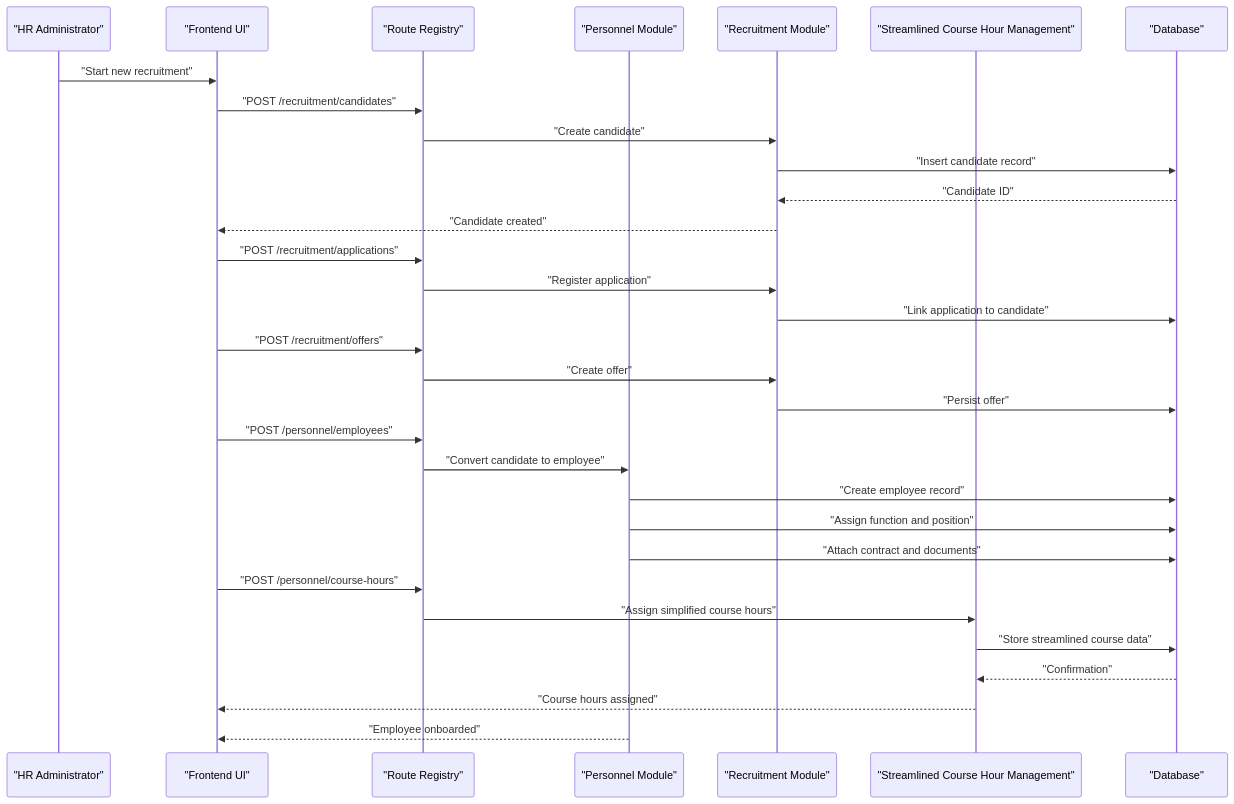
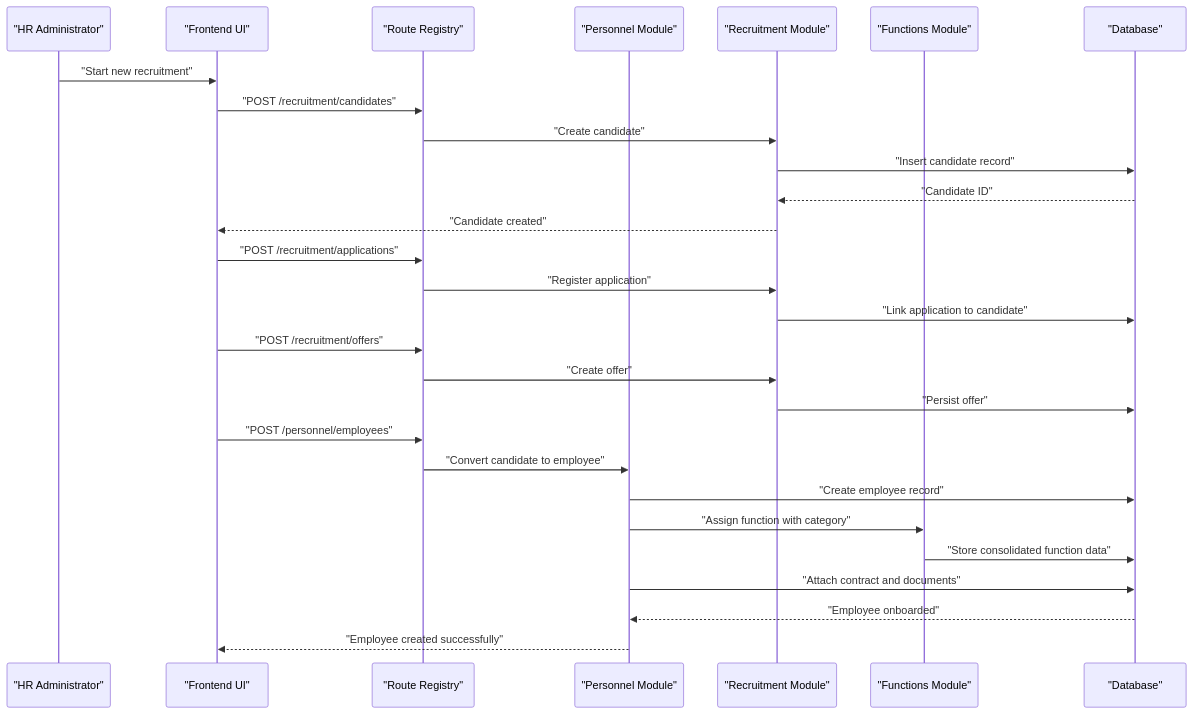
The second of 7 diagrams in .qoder/repowiki/en/content/Human Resources Management/Personnel Administration/Personnel Administration.md (franckylab/eLISAschool), drawn with Mermaid before and after one commit. The commit also changed other lines of this file and 21 other files, not shown here.

````diff
--- a/.qoder/repowiki/en/content/Human Resources Management/Personnel Administration/Personnel Administration.md
+++ b/.qoder/repowiki/en/content/Human Resources Management/Personnel Administration/Personnel Administration.md
@@ -172,33 +147,30 @@
 ```mermaid
 sequenceDiagram
 participant Admin as "HR Administrator"
 participant FE as "Frontend UI"
 participant RT as "Route Registry"
 participant PM as "Personnel Module"
 participant RM as "Recruitment Module"
-participant CHM as "Streamlined Course Hour Management"
+participant FM as "Functions Module"
 participant DB as "Database"
 Admin->>FE : "Start new recruitment"
 FE->>RT : "POST /recruitment/candidates"
 RT->>RM : "Create candidate"
 RM->>DB : "Insert candidate record"
 DB-->>RM : "Candidate ID"
 RM-->>FE : "Candidate created"
 FE->>RT : "POST /recruitment/applications"
 RT->>RM : "Register application"
 RM->>DB : "Link application to candidate"
 FE->>RT : "POST /recruitment/offers"
 RT->>RM : "Create offer"
 RM->>DB : "Persist offer"
 FE->>RT : "POST /personnel/employees"
 RT->>PM : "Convert candidate to employee"
 PM->>DB : "Create employee record"
-PM->>DB : "Assign function and position"
+PM->>FM : "Assign function with category"
+FM->>DB : "Store consolidated function data"
 PM->>DB : "Attach contract and documents"
-FE->>RT : "POST /personnel/course-hours"
-RT->>CHM : "Assign simplified course hours"
-CHM->>DB : "Store streamlined course data"
-DB-->>CHM : "Confirmation"
-CHM-->>FE : "Course hours assigned"
-PM-->>FE : "Employee onboarded"
+DB-->>PM : "Employee onboarded"
+PM-->>FE : "Employee created successfully"
 ```
````
